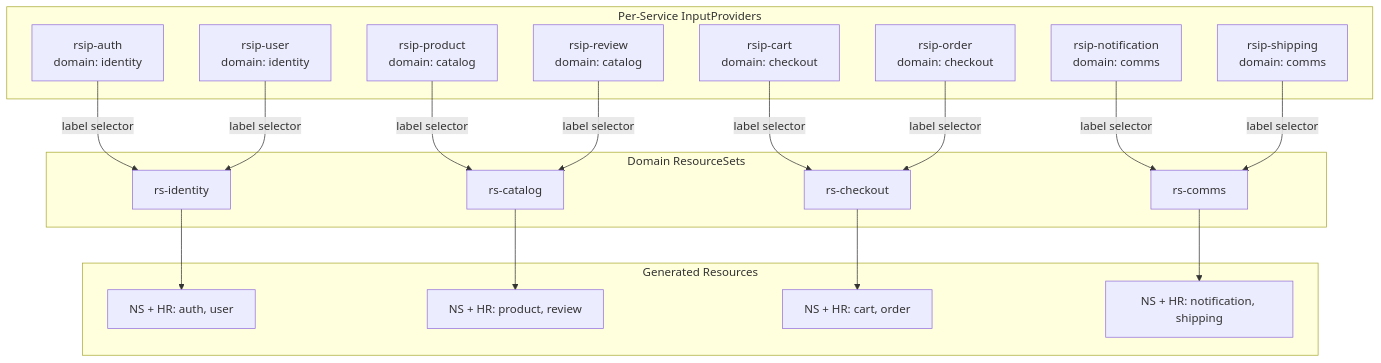
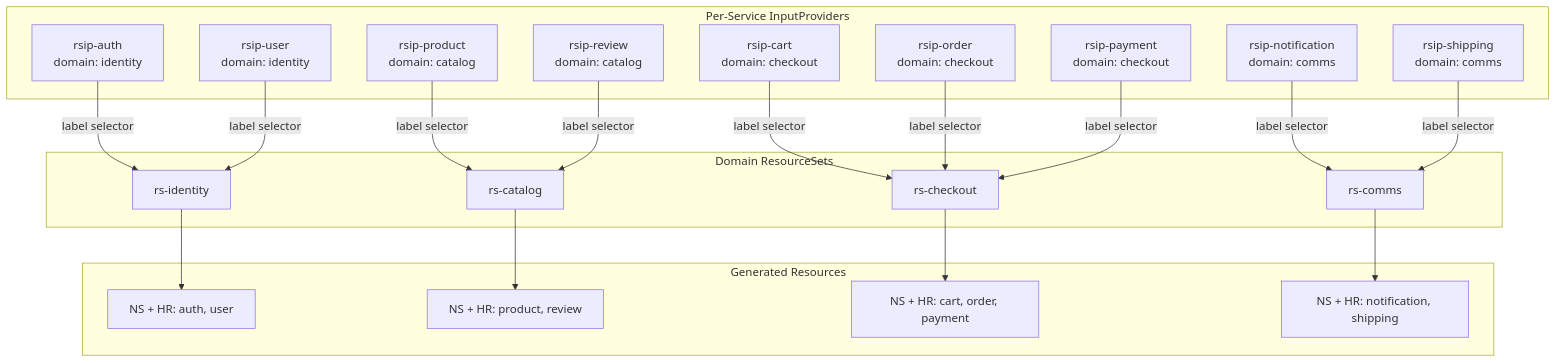
Before and after one commit to duynhlab/homelab: the diagram in docs/platform/application-delivery.md, drawn with Mermaid. The commit also changed other lines of this file and 43 other files, not shown here.

````diff
--- a/docs/platform/application-delivery.md
+++ b/docs/platform/application-delivery.md
@@ -19,41 +19,43 @@
 ```mermaid
 flowchart TD
     subgraph services [Per-Service InputProviders]
         authIP["rsip-auth<br/>domain: identity"]
         userIP["rsip-user<br/>domain: identity"]
         productIP["rsip-product<br/>domain: catalog"]
         reviewIP["rsip-review<br/>domain: catalog"]
         cartIP["rsip-cart<br/>domain: checkout"]
         orderIP["rsip-order<br/>domain: checkout"]
+        paymentIP["rsip-payment<br/>domain: checkout"]
         notifIP["rsip-notification<br/>domain: comms"]
         shipIP["rsip-shipping<br/>domain: comms"]
     end
 
     subgraph domains [Domain ResourceSets]
         rsIdentity["rs-identity"]
         rsCatalog["rs-catalog"]
         rsCheckout["rs-checkout"]
         rsComms["rs-comms"]
     end
 
     subgraph output [Generated Resources]
         hrIdentity["NS + HR: auth, user"]
         hrCatalog["NS + HR: product, review"]
-        hrCheckout["NS + HR: cart, order"]
+        hrCheckout["NS + HR: cart, order, payment"]
         hrComms["NS + HR: notification, shipping"]
     end
 
     authIP -->|"label selector"| rsIdentity
     userIP -->|"label selector"| rsIdentity
     productIP -->|"label selector"| rsCatalog
     reviewIP -->|"label selector"| rsCatalog
     cartIP -->|"label selector"| rsCheckout
     orderIP -->|"label selector"| rsCheckout
+    paymentIP -->|"label selector"| rsCheckout
     notifIP -->|"label selector"| rsComms
     shipIP -->|"label selector"| rsComms
 
     rsIdentity --> hrIdentity
     rsCatalog --> hrCatalog
     rsCheckout --> hrCheckout
     rsComms --> hrComms
 ```
````
